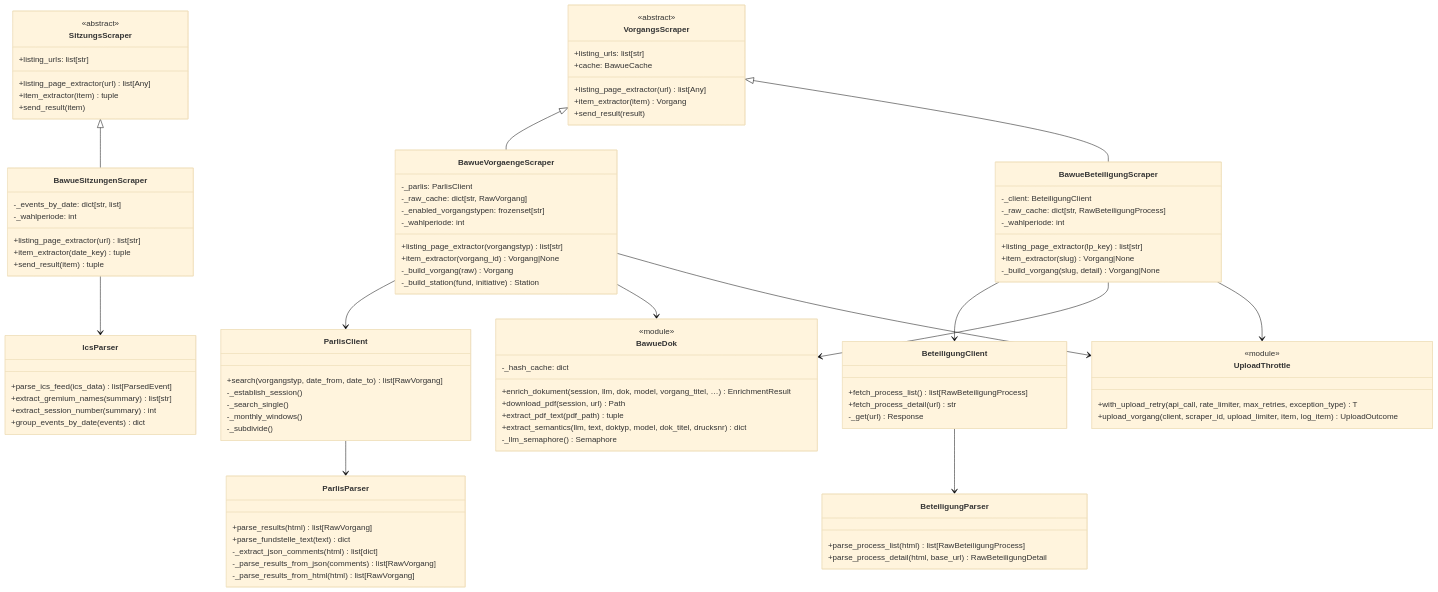
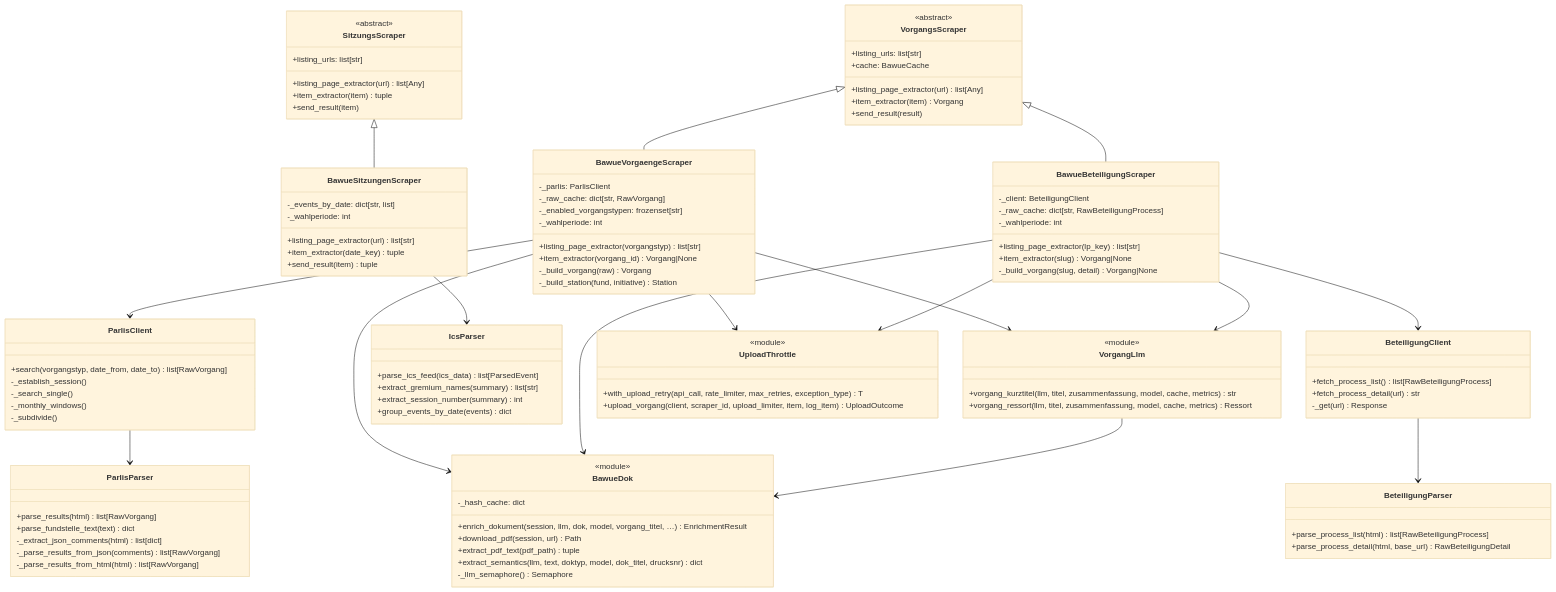
The third of 4 diagrams in docs/architecture.md (Parlamentszusammenfasser/pazufa-scraper-bw), drawn with Mermaid (base theme) before and after one commit. The commit also changed other lines of this file and 11 other files, not shown here.

First line of the commit message:
refactor: move Kurztitel and Ressort LLM calls to vorgang_llm.py

```diff
--- a/docs/architecture.md
+++ b/docs/architecture.md
@@ -232,6 +232,12 @@
         -_llm_semaphore() Semaphore
     }
 
+    class VorgangLlm {
+        <<module>>
+        +vorgang_kurztitel(llm, titel, zusammenfassung, model, cache, metrics) str
+        +vorgang_ressort(llm, titel, zusammenfassung, model, cache, metrics) Ressort
+    }
+
     class UploadThrottle {
         <<module>>
         +with_upload_retry(api_call, rate_limiter, max_retries, exception_type) T
@@ -240,10 +246,13 @@
 
     BawueVorgaengeScraper --> ParlisClient
     BawueVorgaengeScraper --> BawueDok
+    BawueVorgaengeScraper --> VorgangLlm
     BawueVorgaengeScraper --> UploadThrottle
     ParlisClient --> ParlisParser
     BawueBeteiligungScraper --> BeteiligungClient
     BawueBeteiligungScraper --> BawueDok
+    BawueBeteiligungScraper --> VorgangLlm
+    VorgangLlm --> BawueDok
     BawueBeteiligungScraper --> UploadThrottle
     BeteiligungClient --> BeteiligungParser
     BawueSitzungenScraper --> IcsParser
```
